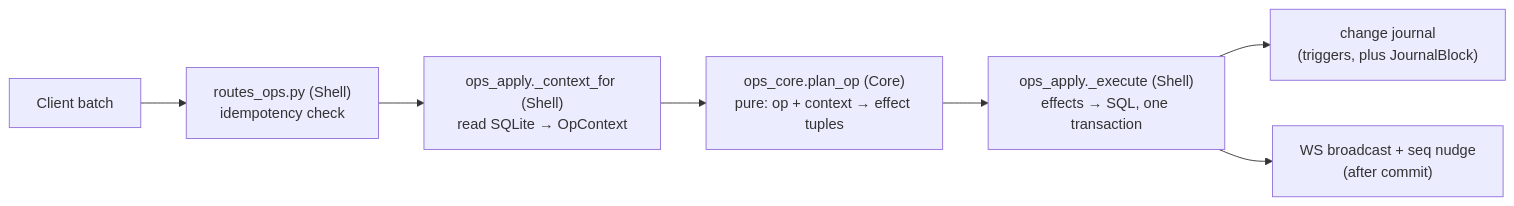
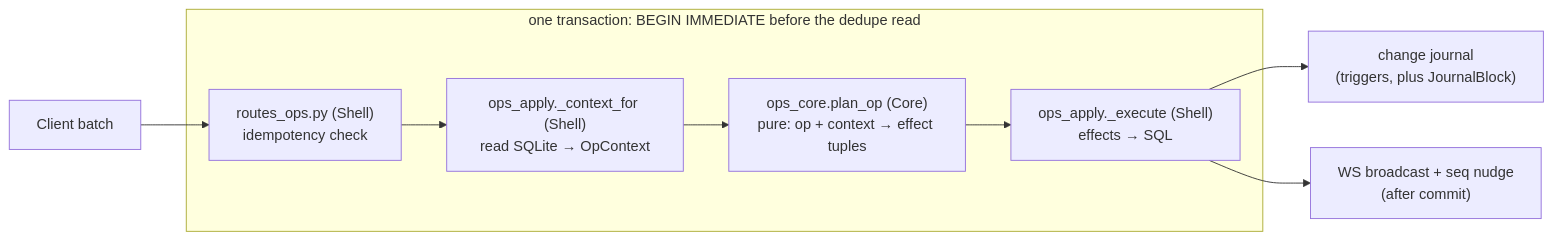
The second of 2 diagrams in docs/architecture/backend.md (ArthurClune/pkm-system), drawn with Mermaid before and after one commit. The commit also changed other lines of this file and 2 other files, not shown here.

Commit message:
docs(pkm-gwwu): the ops route's one transaction now covers the dedupe check too

````diff
--- a/docs/architecture/backend.md
+++ b/docs/architecture/backend.md
@@ -222,9 +222,11 @@
 ```mermaid
 flowchart LR
-    C[Client batch] --> R["routes_ops.py (Shell)<br/>idempotency check"]
-    R --> CTX["ops_apply._context_for (Shell)<br/>read SQLite → OpContext"]
-    CTX --> P["ops_core.plan_op (Core)<br/>pure: op + context → effect tuples"]
-    P --> X["ops_apply._execute (Shell)<br/>effects → SQL, one transaction"]
+    C[Client batch] --> R
+    subgraph TX["one transaction: BEGIN IMMEDIATE before the dedupe read"]
+        R["routes_ops.py (Shell)<br/>idempotency check"] --> CTX["ops_apply._context_for (Shell)<br/>read SQLite → OpContext"]
+        CTX --> P["ops_core.plan_op (Core)<br/>pure: op + context → effect tuples"]
+        P --> X["ops_apply._execute (Shell)<br/>effects → SQL"]
+    end
     X --> J["change journal<br/>(triggers, plus JournalBlock)"]
     X --> B["WS broadcast + seq nudge<br/>(after commit)"]
 ```
````
